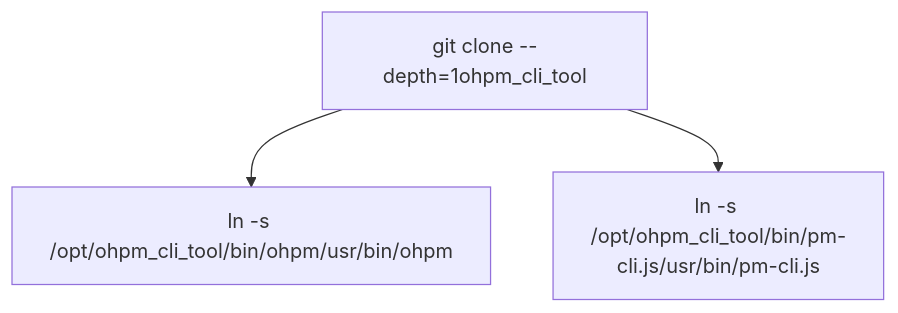
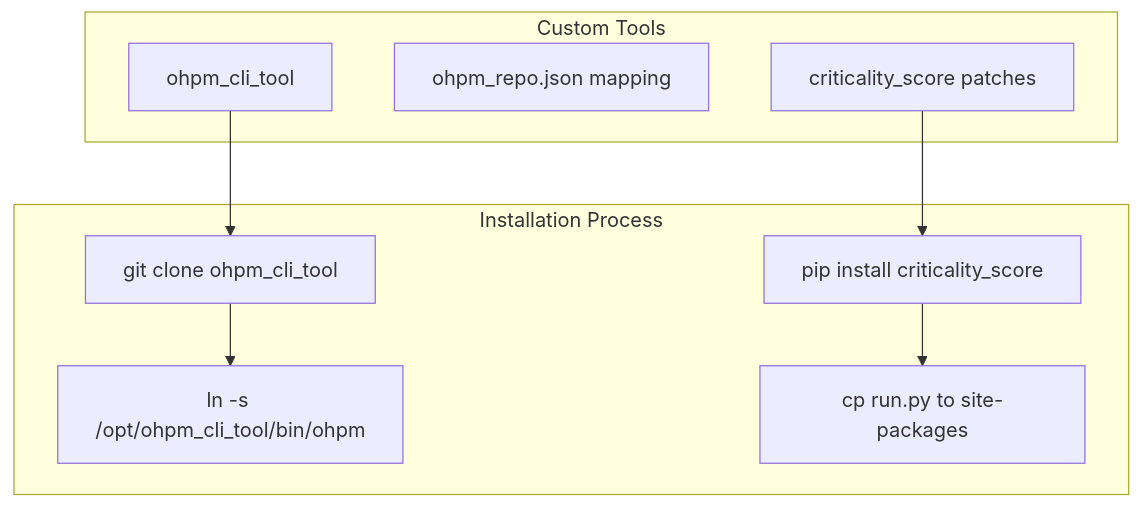
One commit to chenyx2012/openchecker changed the third of 6 diagrams in docs/wiki/Container-Environment-and-Tool-Installation.md. Above: the diagram before and after it, drawn with Mermaid. The commit also changed other lines of this file and 45 other files, not shown here.

````diff
--- a/docs/wiki/Container-Environment-and-Tool-Installation.md
+++ b/docs/wiki/Container-Environment-and-Tool-Installation.md
@@ -223,10 +153,29 @@
 ```mermaid
 flowchart TD
 
-GitClone["git clone --depth=1ohpm_cli_tool"]
-SymlinkOHPM["ln -s /opt/ohpm_cli_tool/bin/ohpm/usr/bin/ohpm"]
-SymlinkPMCLI["ln -s /opt/ohpm_cli_tool/bin/pm-cli.js/usr/bin/pm-cli.js"]
+OHPM["ohpm_cli_tool"]
+OHPMRepo["ohpm_repo.json mapping"]
+CriticalityScore["criticality_score patches"]
+GitClone["git clone ohpm_cli_tool"]
+Symlink["ln -s /opt/ohpm_cli_tool/bin/ohpm"]
+PipInstall["pip install criticality_score"]
+Patch["cp run.py to site-packages"]
 
-    GitClone --> SymlinkOHPM
-    GitClone --> SymlinkPMCLI
+OHPM --> GitClone
+CriticalityScore --> PipInstall
+
+subgraph subGraph1 ["Installation Process"]
+    GitClone
+    Symlink
+    PipInstall
+    Patch
+    GitClone --> Symlink
+    PipInstall --> Patch
+end
+
+subgraph subGraph0 ["Custom Tools"]
+    OHPM
+    OHPMRepo
+    CriticalityScore
+end
 ```
````
